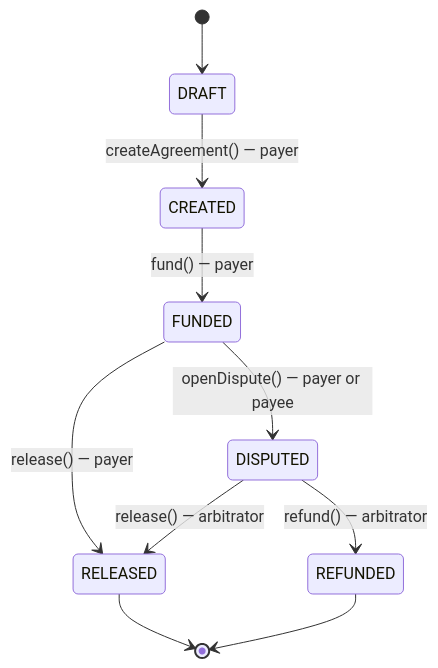
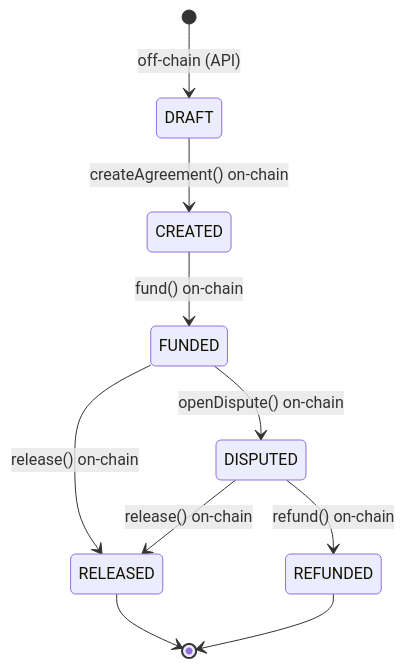
One commit to BernardoDenkvitts/TrustFlow changed the second of 2 diagrams in README.md. Above: the diagram before and after it, drawn with Mermaid. The commit also changed other lines of this file, not shown here.

Commit message:
README updated

````diff
--- a/README.md
+++ b/README.md
@@ -116,16 +114,16 @@
 ```mermaid
 stateDiagram-v2
-    [*] --> DRAFT
+    [*] --> DRAFT : off-chain (API)
 
-    DRAFT --> CREATED : createAgreement() — payer
-    CREATED --> FUNDED : fund() — payer
+    DRAFT --> CREATED : createAgreement() on-chain
+    CREATED --> FUNDED : fund() on-chain
 
-    FUNDED --> RELEASED : release() — payer
-    FUNDED --> DISPUTED : openDispute() — payer or payee
+    FUNDED --> RELEASED : release() on-chain
+    FUNDED --> DISPUTED : openDispute() on-chain
 
-    DISPUTED --> RELEASED : release() — arbitrator
-    DISPUTED --> REFUNDED : refund() — arbitrator
+    DISPUTED --> RELEASED : release() on-chain
+    DISPUTED --> REFUNDED : refund() on-chain
 
     RELEASED --> [*]
     REFUNDED --> [*]
 ```
````
